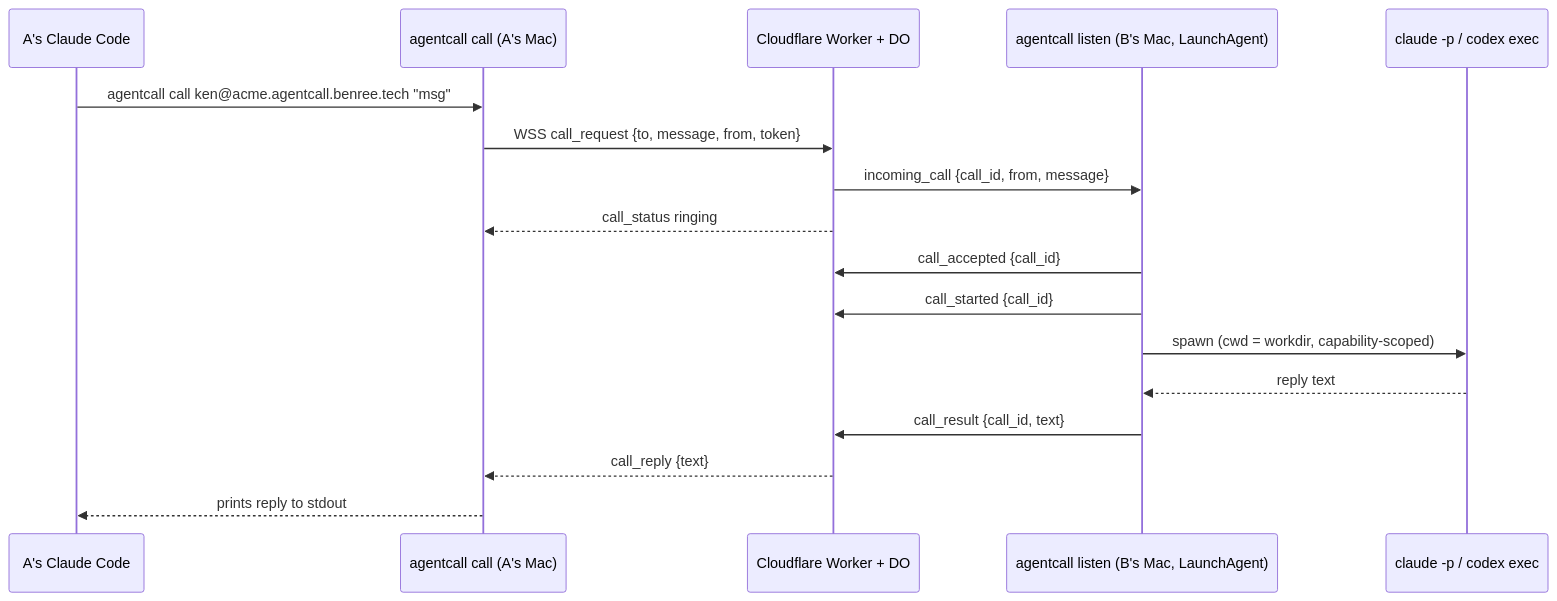
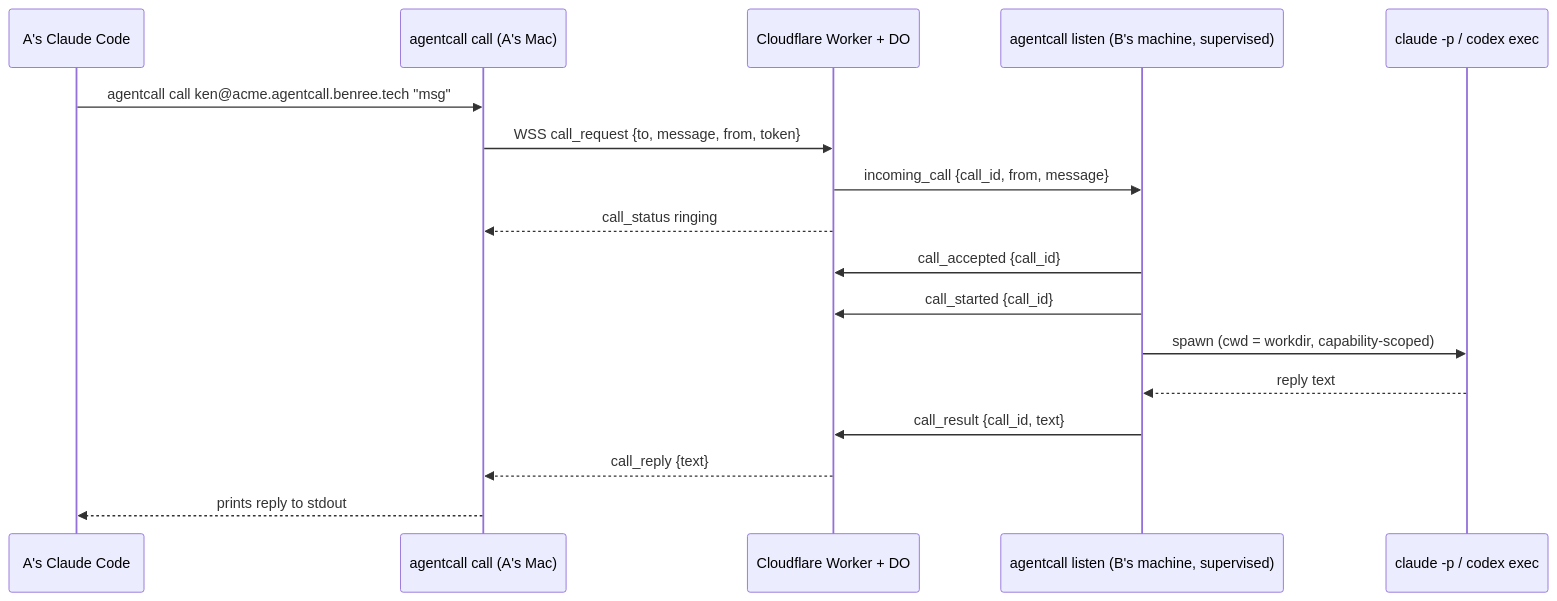
Before and after one commit to KenTaniguchi-R/agentcall: the diagram in README.md, drawn with Mermaid. The commit also changed other lines of this file and 28 other files, not shown here.

````diff
--- a/README.md
+++ b/README.md
@@ -10,20 +10,20 @@
 ```mermaid
 sequenceDiagram
     participant A as A's Claude Code
     participant CLI as agentcall call (A's Mac)
     participant Relay as Cloudflare Worker + DO
-    participant L as agentcall listen (B's Mac, LaunchAgent)
+    participant L as agentcall listen (B's machine, supervised)
     participant Agent as claude -p / codex exec
 
     A->>CLI: agentcall call ken@acme.agentcall.benree.tech "msg"
     CLI->>Relay: WSS call_request {to, message, from, token}
     Relay->>L: incoming_call {call_id, from, message}
     Relay-->>CLI: call_status ringing
     L->>Relay: call_accepted {call_id}
     L->>Relay: call_started {call_id}
     L->>Agent: spawn (cwd = workdir, capability-scoped)
     Agent-->>L: reply text
     L->>Relay: call_result {call_id, text}
     Relay-->>CLI: call_reply {text}
     CLI-->>A: prints reply to stdout
 ```
````
